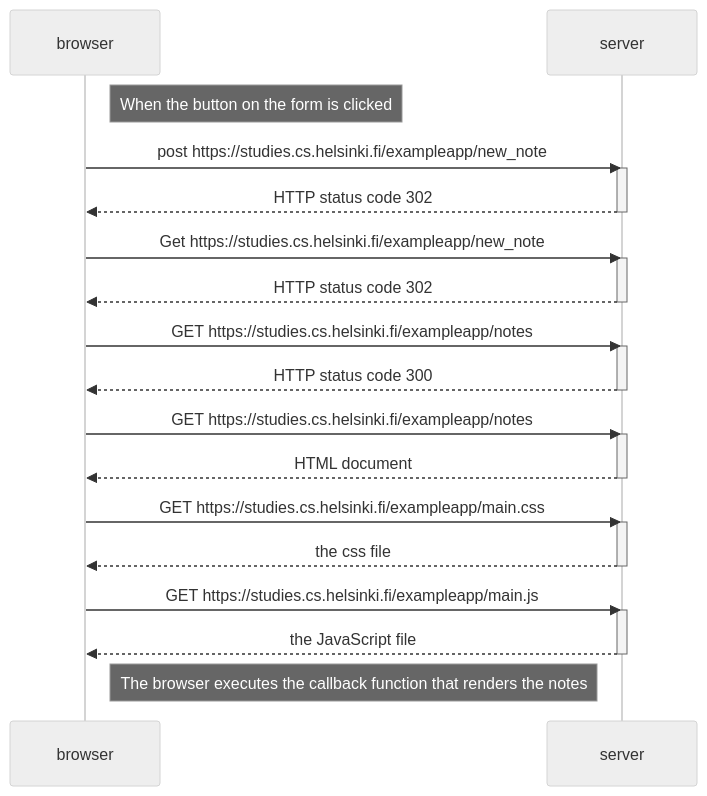
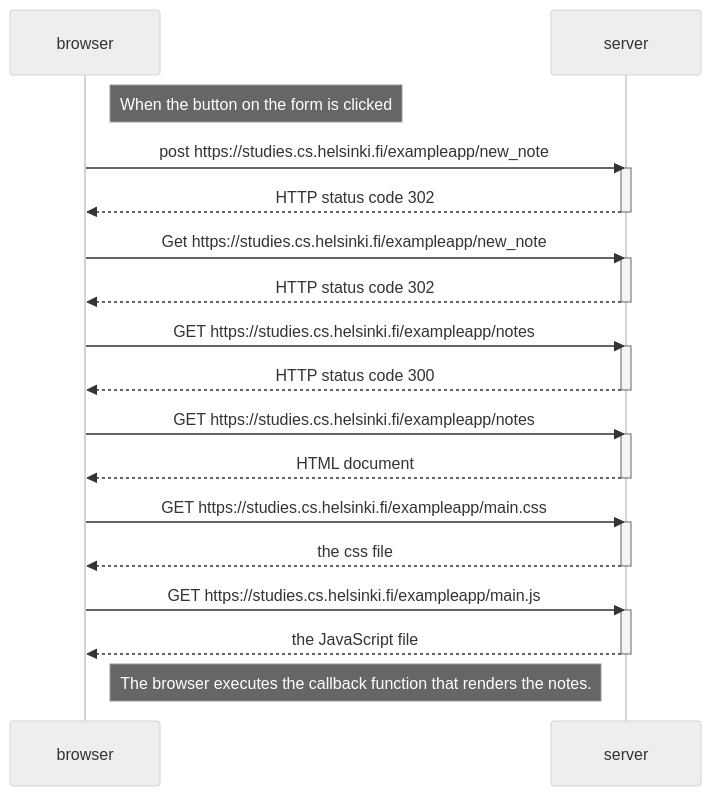
One commit to VienThanh12/FullStackUnivesityOfHelsinki changed the diagram in 0.4: NewNoteDiagram.md. Above: the diagram before and after it, drawn with Mermaid (neutral theme).

Commit message:
Exercise 0.4

````diff
--- a/0.4: NewNoteDiagram.md
+++ b/0.4: NewNoteDiagram.md
@@ -1,38 +1,38 @@
 ```mermaid
 sequenceDiagram
     participant browser
     participant server
 
     Note right of browser: When the button on the form is clicked
     browser->>server: post https://studies.cs.helsinki.fi/exampleapp/new_note
     activate server
     server-->>browser: HTTP status code 302 
     deactivate server
     
     browser->>server: Get https://studies.cs.helsinki.fi/exampleapp/new_note
     activate server
     server-->>browser: HTTP status code 302 
     deactivate server
     
     browser->>server: GET https://studies.cs.helsinki.fi/exampleapp/notes
     activate server
     server-->>browser: HTTP status code 300 
     deactivate server
     
     browser->>server: GET https://studies.cs.helsinki.fi/exampleapp/notes
     activate server
     server-->>browser: HTML document
     deactivate server
 
     browser->>server: GET https://studies.cs.helsinki.fi/exampleapp/main.css
     activate server
     server-->>browser: the css file
     deactivate server
 
     browser->>server: GET https://studies.cs.helsinki.fi/exampleapp/main.js
     activate server
     server-->>browser: the JavaScript file
     deactivate server
     
-    Note right of browser: The browser executes the callback function that renders the notes
+    Note right of browser: The browser executes the callback function that renders the notes.
 ```
````
